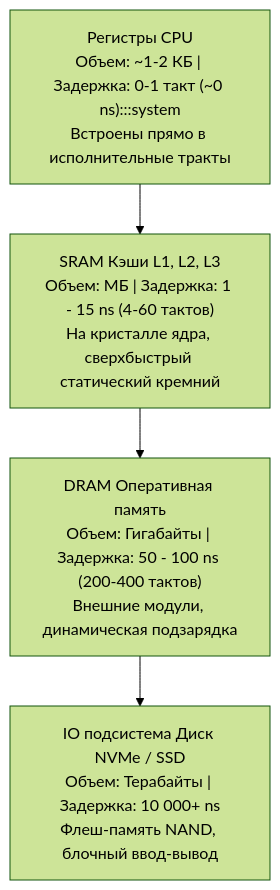
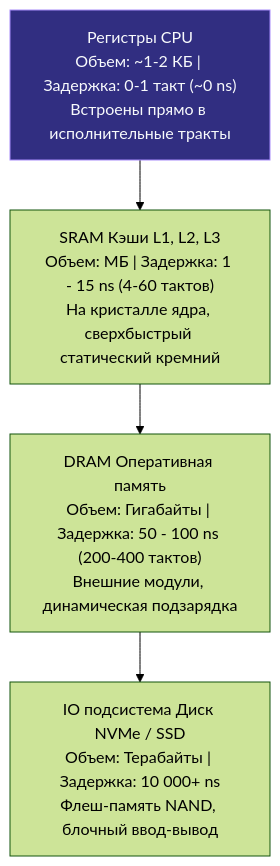
The second of 2 diagrams in sources/1. Архитектура компьютера/17. Пирамида памяти. Регистры, SRAM, DRAM и цена доступа.md (UnrealTemplier/go-textbook-ru), drawn with Mermaid (forest theme) before and after one commit. The commit also changed other lines of this file and 77 other files, not shown here.

````diff
--- a/sources/1. Архитектура компьютера/17. Пирамида памяти. Регистры, SRAM, DRAM и цена доступа.md
+++ b/sources/1. Архитектура компьютера/17. Пирамида памяти. Регистры, SRAM, DRAM и цена доступа.md
@@ -68,16 +68,16 @@
 ```mermaid
 flowchart TD
     classDef process  fill:#1e293b,stroke:#38bdf8,stroke-width:1px,color:#f8fafc
     classDef success  fill:#064e3b,stroke:#34d399,stroke-width:1px,color:#f8fafc
     classDef error    fill:#7f1d1d,stroke:#f87171,stroke-width:1px,color:#f8fafc
     classDef warning  fill:#78350f,stroke:#fbbf24,stroke-width:1px,color:#f8fafc
     classDef entry    fill:#1e3a5f,stroke:#38bdf8,stroke-width:2px,color:#f8fafc
     classDef aux      fill:#334155,stroke:#64748b,stroke-width:1px,color:#f8fafc
     classDef system   fill:#312e81,stroke:#a78bfa,stroke-width:1px,color:#f8fafc
     classDef data     fill:#132d29,stroke:#2dd4bf,stroke-width:1px,color:#f8fafc
     classDef network  fill:#881337,stroke:#fb7185,stroke-width:1px,color:#f8fafc
     classDef accent   fill:#1e1b4b,stroke:#818cf8,stroke-width:1px,color:#f8fafc
-    A["Регистры CPU<br>Объем: ~1-2 КБ | Задержка: 0-1 такт (~0 ns):::system<br>Встроены прямо в исполнительные тракты"] --> B["SRAM Кэши L1, L2, L3<br>Объем: МБ | Задержка: 1 - 15 ns (4-60 тактов)<br>На кристалле ядра, сверхбыстрый статический кремний"]
+    A["Регистры CPU<br>Объем: ~1-2 КБ | Задержка: 0-1 такт (~0 ns)<br>Встроены прямо в исполнительные тракты"]:::system --> B["SRAM Кэши L1, L2, L3<br>Объем: МБ | Задержка: 1 - 15 ns (4-60 тактов)<br>На кристалле ядра, сверхбыстрый статический кремний"]
     B --> C["DRAM Оперативная память<br>Объем: Гигабайты | Задержка: 50 - 100 ns (200-400 тактов)<br>Внешние модули, динамическая подзарядка"]
     C --> D["IO подсистема Диск NVMe / SSD<br>Объем: Терабайты | Задержка: 10 000+ ns<br>Флеш-память NAND, блочный ввод-вывод"]
 ```
````
